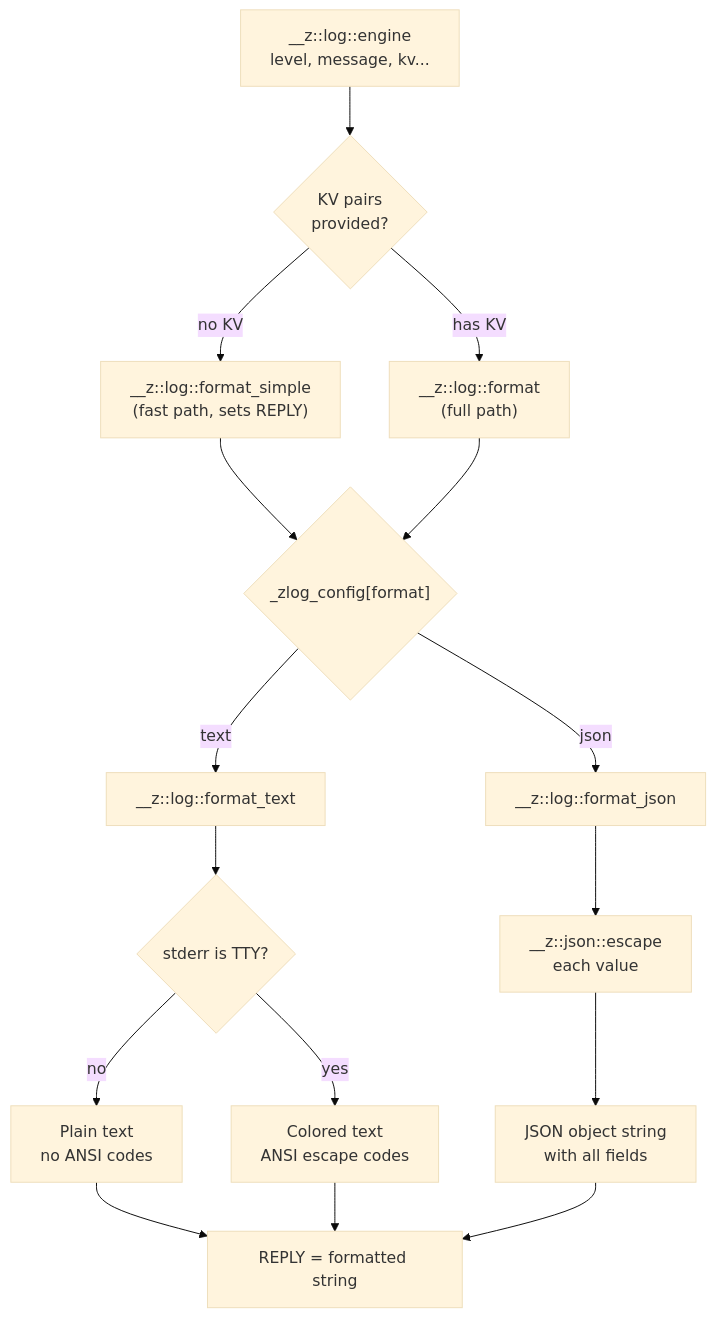
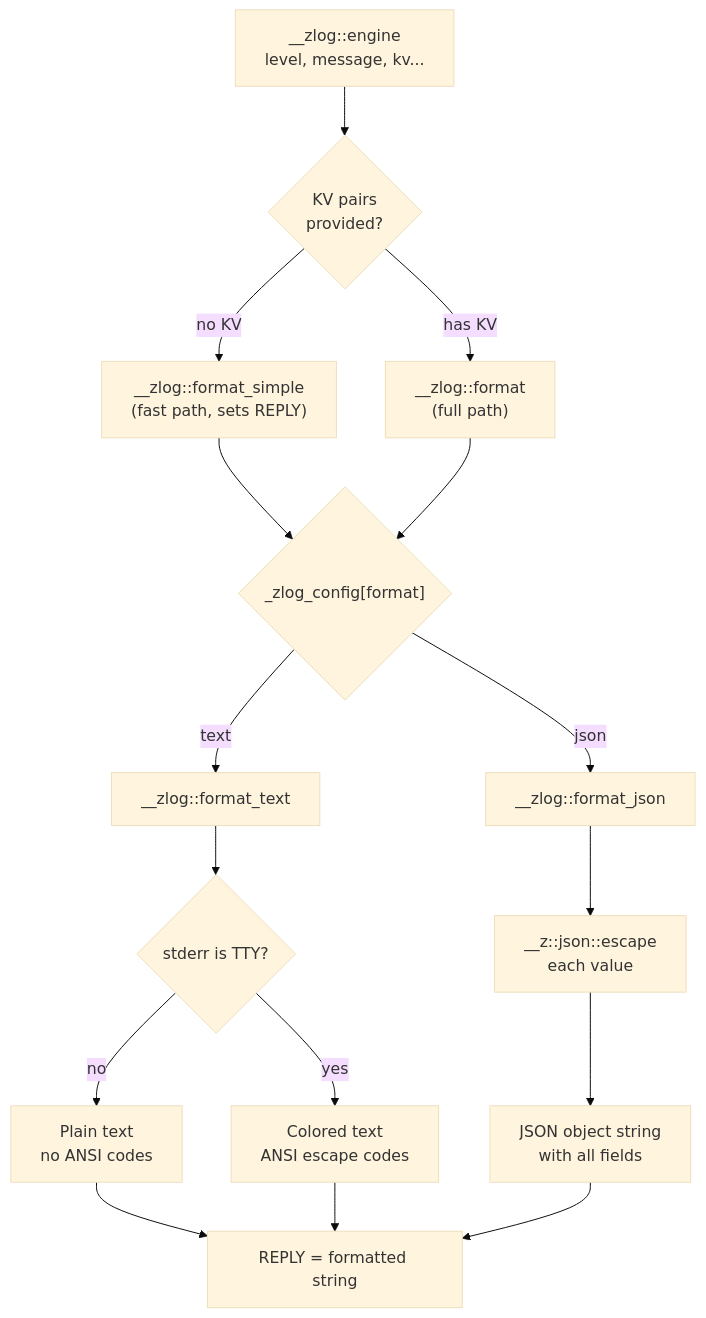
The seventh of 20 diagrams in docs/architecture.md (Khodaparastan/zsh-log), drawn with Mermaid (base theme) before and after one commit. The commit also changed other lines of this file and 14 other files, not shown here.

First line of the commit message:
update function prefixes from z::log:: to zlog:: in documentation and examples

````diff
--- a/docs/architecture.md
+++ b/docs/architecture.md
@@ -379,33 +379,33 @@
 ```mermaid
 flowchart TD
-    Engine["__z::log::engine\nlevel, message, kv..."]
+    Engine["__zlog::engine\nlevel, message, kv..."]
 
     HasKV{"KV pairs\nprovided?"}
-    Simple["__z::log::format_simple\n(fast path, sets REPLY)"]
-    Full["__z::log::format\n(full path)"]
+    Simple["__zlog::format_simple\n(fast path, sets REPLY)"]
+    Full["__zlog::format\n(full path)"]
 
     FmtCheck{"_zlog_config[format]"}
-    Text["__z::log::format_text"]
-    JSON["__z::log::format_json"]
+    Text["__zlog::format_text"]
+    JSON["__zlog::format_json"]
 
     TTY{"stderr is TTY?"}
     Plain["Plain text\nno ANSI codes"]
     Colored["Colored text\nANSI escape codes"]
 
     JSONEsc["__z::json::escape\neach value"]
     JSONOut["JSON object string\nwith all fields"]
 
     REPLY["REPLY = formatted string"]
 
     Engine --> HasKV
     HasKV -->|no KV| Simple
     HasKV -->|has KV| Full
     Simple --> FmtCheck
     Full --> FmtCheck
     FmtCheck -->|text| Text
     FmtCheck -->|json| JSON
     Text --> TTY
     TTY -->|no| Plain --> REPLY
     TTY -->|yes| Colored --> REPLY
     JSON --> JSONEsc --> JSONOut --> REPLY
 ```
````
